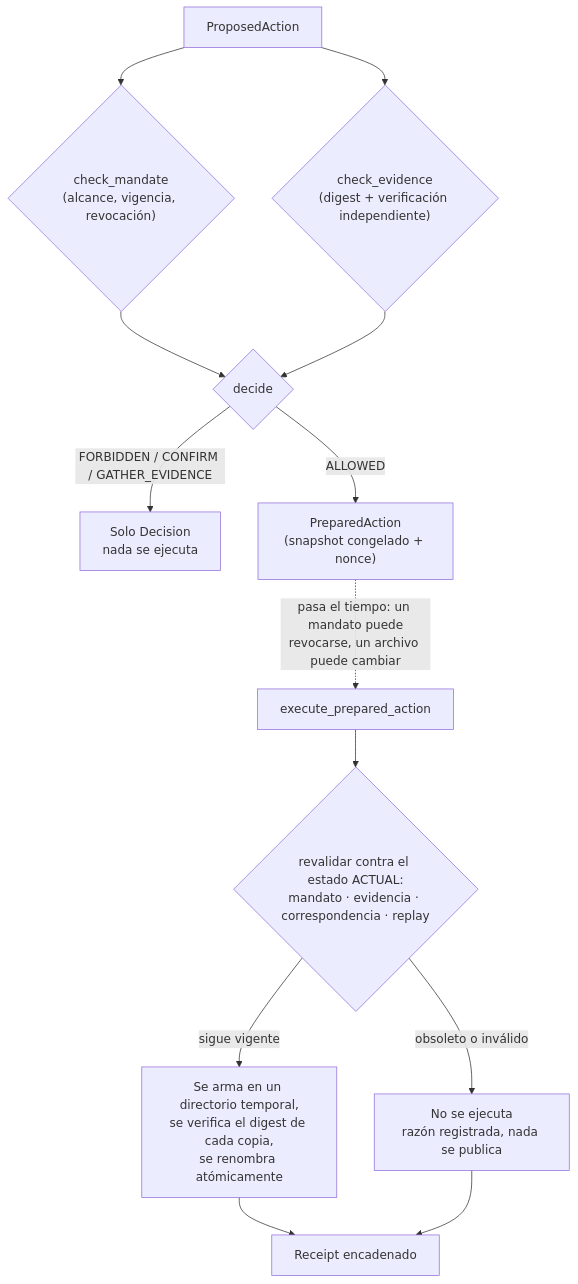
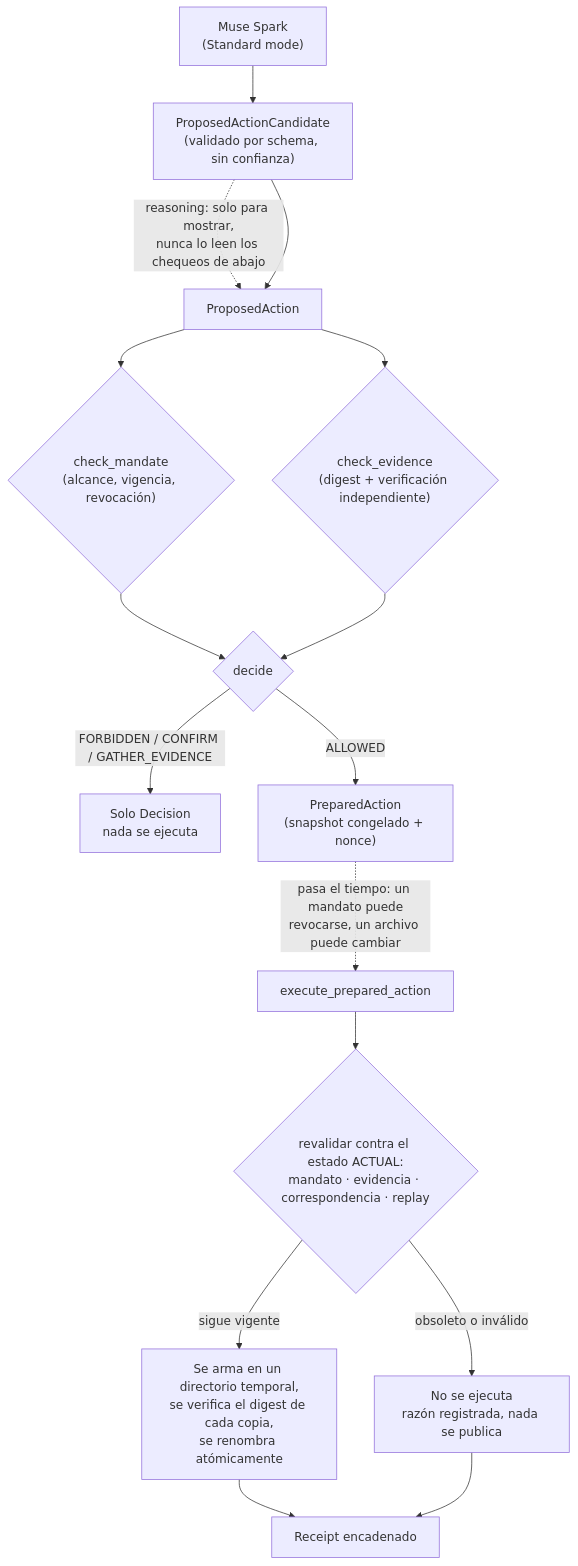
The diagram in README.es.md (annatchijova/krakadyl), drawn with Mermaid before and after one commit. The commit also changed other lines of this file and 1 other file, not shown here.

First line of the commit message:
docs: add Muse Spark to the architecture diagram (EN + ES)

````diff
--- a/README.es.md
+++ b/README.es.md
@@ -129,15 +129,18 @@
 ```mermaid
 flowchart TD
-    A[ProposedAction] --> C{"check_mandate\n(alcance, vigencia, revocación)"}
+    M0["Muse Spark\n(Standard mode)"] --> M1["ProposedActionCandidate\n(validado por schema, sin confianza)"]
+    M1 -.->|"reasoning: solo para mostrar,\nnunca lo leen los chequeos de abajo"| A
+    M1 --> A[ProposedAction]
+    A --> C{"check_mandate\n(alcance, vigencia, revocación)"}
     A --> D{"check_evidence\n(digest + verificación independiente)"}
     C --> E{decide}
     D --> E
     E -- "FORBIDDEN / CONFIRM / GATHER_EVIDENCE" --> F["Solo Decision\nnada se ejecuta"]
     E -- ALLOWED --> G["PreparedAction\n(snapshot congelado + nonce)"]
     G -. "pasa el tiempo: un mandato puede\nrevocarse, un archivo puede cambiar" .-> H[execute_prepared_action]
     H --> I{"revalidar contra el estado ACTUAL:\nmandato · evidencia · correspondencia · replay"}
     I -- "obsoleto o inválido" --> J["No se ejecuta\nrazón registrada, nada se publica"]
     I -- "sigue vigente" --> K["Se arma en un directorio temporal,\nse verifica el digest de cada copia,\nse renombra atómicamente"]
     K --> L[Receipt encadenado]
     J --> L
 ```
````
